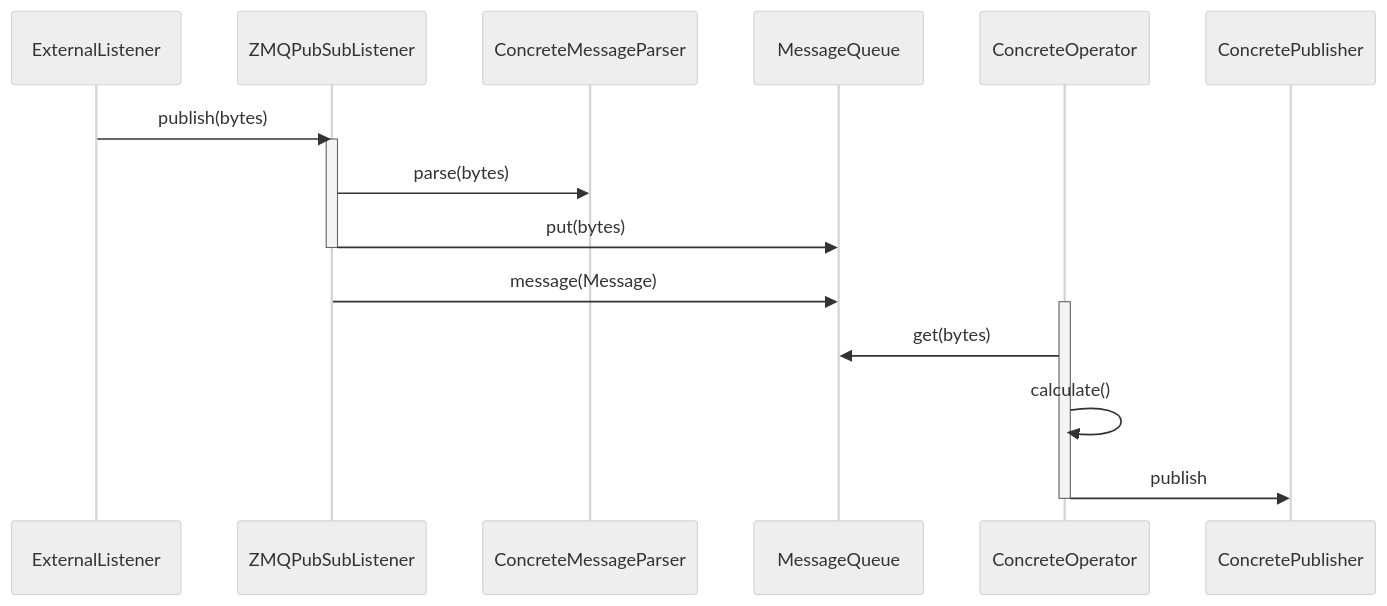
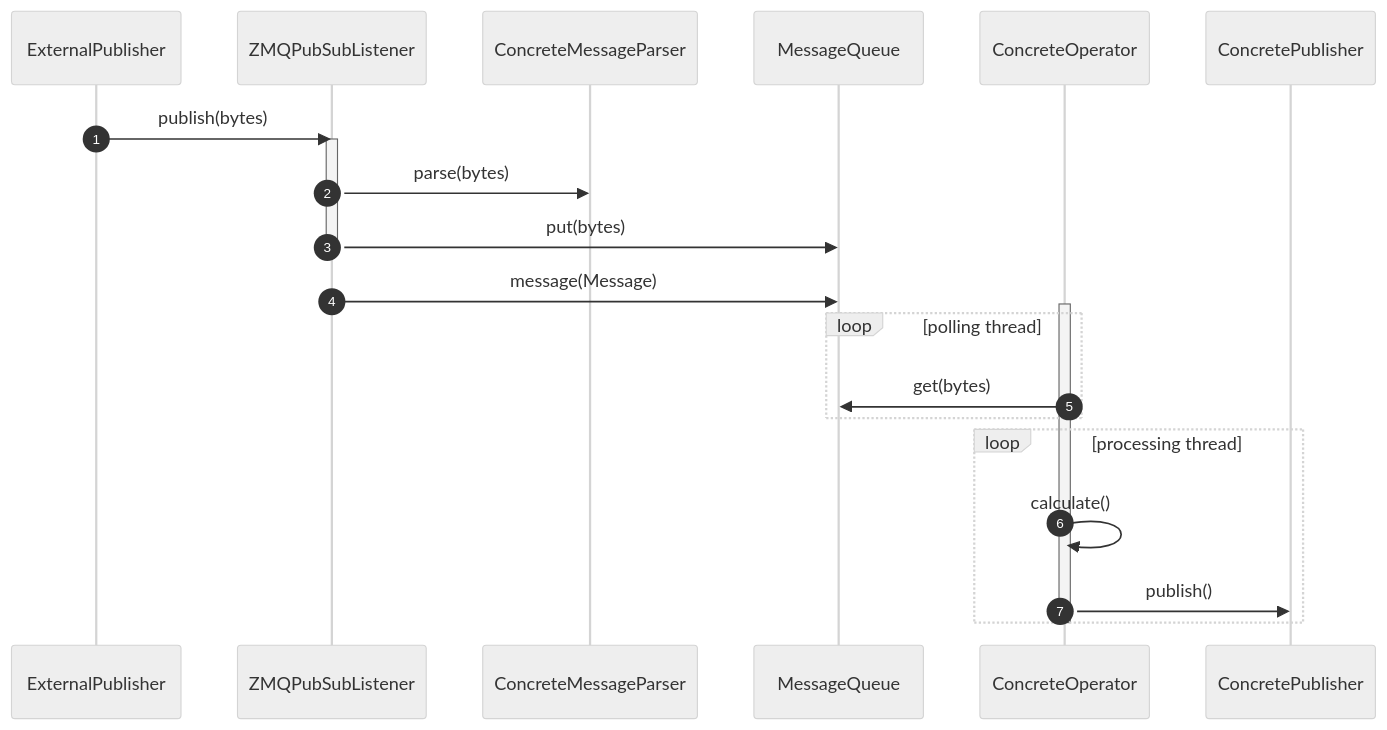
The second of 2 diagrams in README.md (als-computing/arroyopy), drawn with Mermaid (neutral theme) before and after one commit. The commit also changed other lines of this file, not shown here.

Commit message:
fix sequence diagram, removed todo note

````diff
--- a/README.md
+++ b/README.md
@@ -103,22 +103,25 @@
 ```mermaid
 
 sequenceDiagram
-    ExternalListener ->> ZMQPubSubListener: publish(bytes)
+    autonumber
+    ExternalPublisher ->> ZMQPubSubListener: publish(bytes)
 
     activate ZMQPubSubListener
         ZMQPubSubListener ->> ConcreteMessageParser: parse(bytes)
         ZMQPubSubListener ->> MessageQueue: put(bytes)
     deactivate ZMQPubSubListener
 
     
     ZMQPubSubListener ->> MessageQueue: message(Message)
 
     activate ConcreteOperator
-        ConcreteOperator ->> MessageQueue: get(bytes)
-        ConcreteOperator ->> ConcreteOperator: calculate()
-        ConcreteOperator ->> ConcretePublisher: publish
+        loop polling thread
+            ConcreteOperator ->> MessageQueue: get(bytes)
+        end
+        loop processing thread
+            ConcreteOperator ->> ConcreteOperator: calculate()
+        
+            ConcreteOperator ->> ConcretePublisher: publish()
+        end
     deactivate ConcreteOperator
-
-
-
 ```
````
